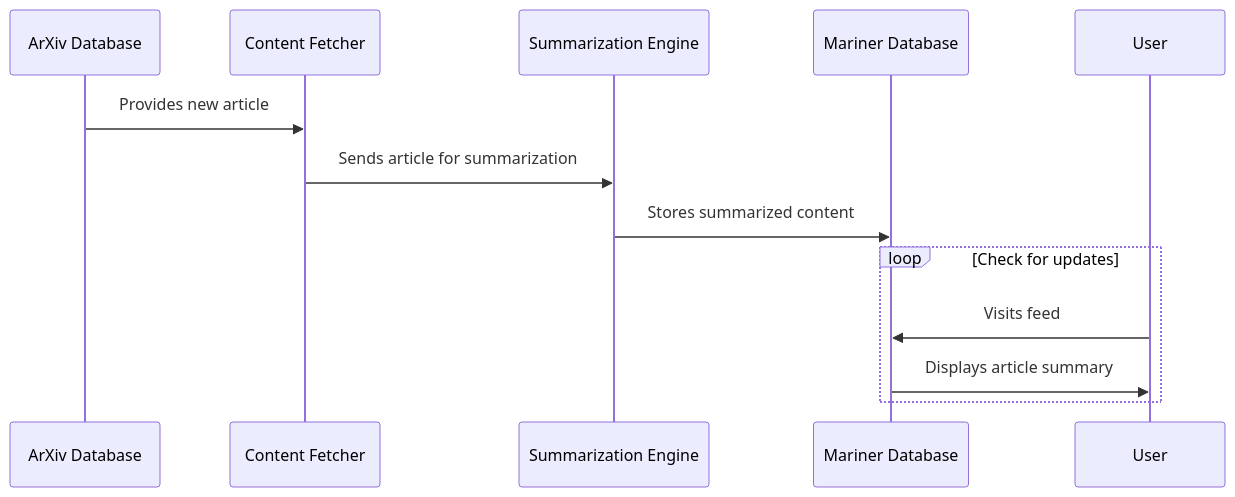
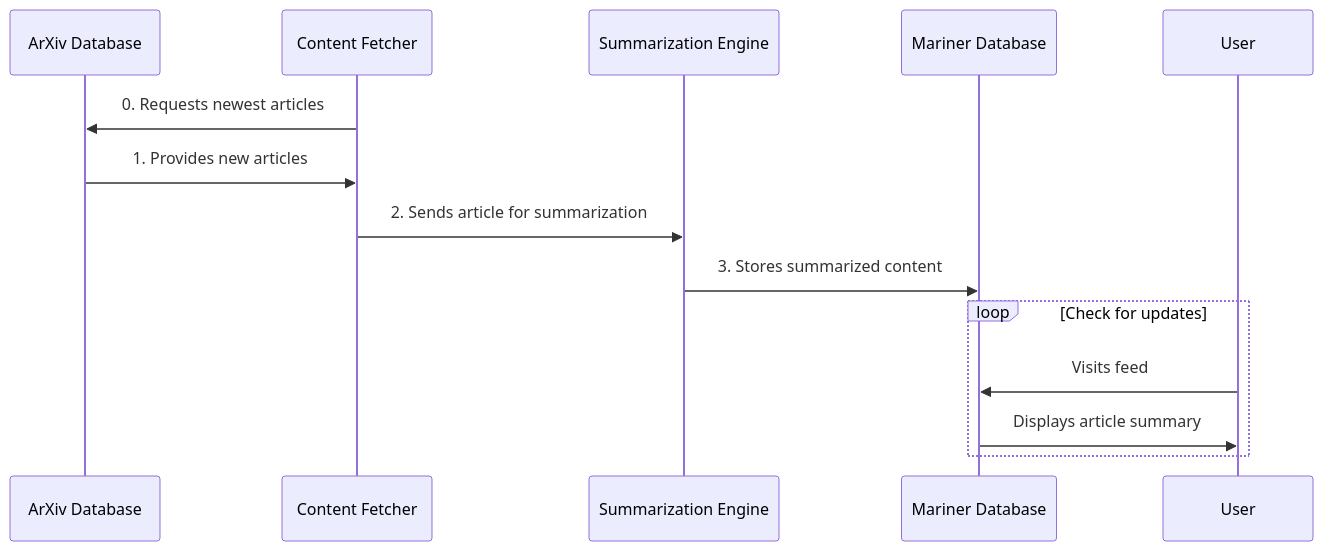
One commit to numberMumbler/mariner changed the fifth of 6 diagrams in DESIGN.md. Above: the diagram before and after it, drawn with Mermaid. The commit also changed other lines of this file, not shown here.

Commit message:
still playing with diagrams

````diff
--- a/DESIGN.md
+++ b/DESIGN.md
@@ -115,17 +136,18 @@
 ```mermaid
 sequenceDiagram
     participant ArXiv as ArXiv Database
     participant Fetcher as Content Fetcher
     participant Summarizer as Summarization Engine
     participant MarinerDB as Mariner Database
     participant User as User
 
-    ArXiv->>Fetcher: Provides new article
-    Fetcher->>Summarizer: Sends article for summarization
-    Summarizer->>MarinerDB: Stores summarized content
+    Fetcher->>ArXiv: 0. Requests newest articles
+    ArXiv->>Fetcher: 1. Provides new articles
+    Fetcher->>Summarizer: 2. Sends article for summarization
+    Summarizer->>MarinerDB: 3. Stores summarized content
 
     loop Check for updates
         User->>MarinerDB: Visits feed
         MarinerDB->>User: Displays article summary
     end
 ```
````
